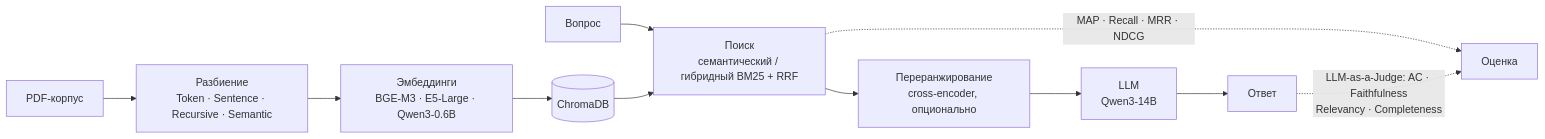
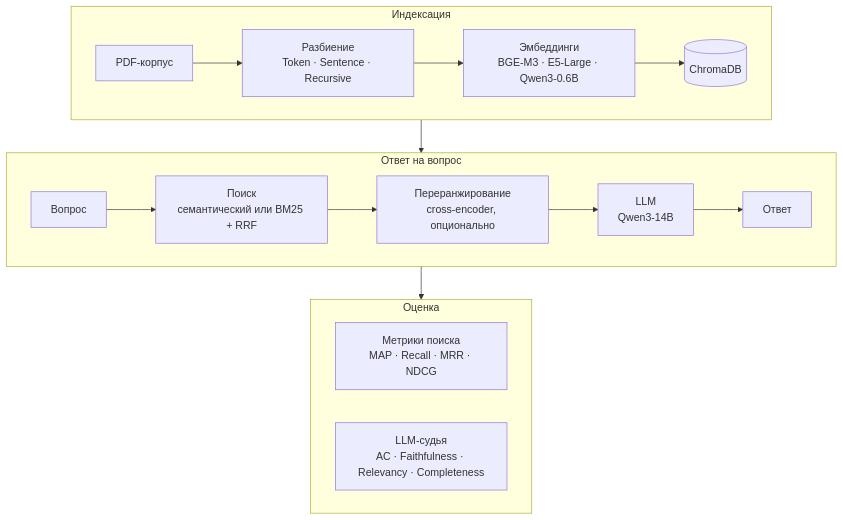
One commit to Rumpel0726/compareRAG changed the diagram in README.md. Above: the diagram before and after it, drawn with Mermaid.

Commit message:
docs: restructure architecture diagram in README

````diff
--- a/README.md
+++ b/README.md
@@ -92,13 +92,18 @@
 ```mermaid
-flowchart LR
-    A[PDF-корпус] --> B[Разбиение<br/>Token · Sentence · Recursive · Semantic]
-    B --> C[Эмбеддинги<br/>BGE-M3 · E5-Large · Qwen3-0.6B]
-    C --> D[(ChromaDB)]
-    Q[Вопрос] --> E[Поиск<br/>семантический / гибридный BM25 + RRF]
-    D --> E
-    E --> F[Переранжирование<br/>cross-encoder, опционально]
-    F --> G[LLM<br/>Qwen3-14B]
-    G --> H[Ответ]
-    E -. MAP · Recall · MRR · NDCG .-> M[Оценка]
-    H -. LLM-as-a-Judge: AC · Faithfulness<br/>Relevancy · Completeness .-> M
+flowchart TB
+    subgraph IDX["Индексация"]
+        direction LR
+        A[PDF-корпус] --> B["Разбиение<br/>Token · Sentence · Recursive"] --> C["Эмбеддинги<br/>BGE-M3 · E5-Large · Qwen3-0.6B"] --> D[(ChromaDB)]
+    end
+    subgraph QRY["Ответ на вопрос"]
+        direction LR
+        Q[Вопрос] --> E["Поиск<br/>семантический или BM25 + RRF"] --> F["Переранжирование<br/>cross-encoder, опционально"] --> G["LLM<br/>Qwen3-14B"] --> H[Ответ]
+    end
+    subgraph EV["Оценка"]
+        direction LR
+        R["Метрики поиска<br/>MAP · Recall · MRR · NDCG"]
+        J["LLM-судья<br/>AC · Faithfulness · Relevancy · Completeness"]
+    end
+    IDX --> QRY
+    QRY --> EV
 ```
````
